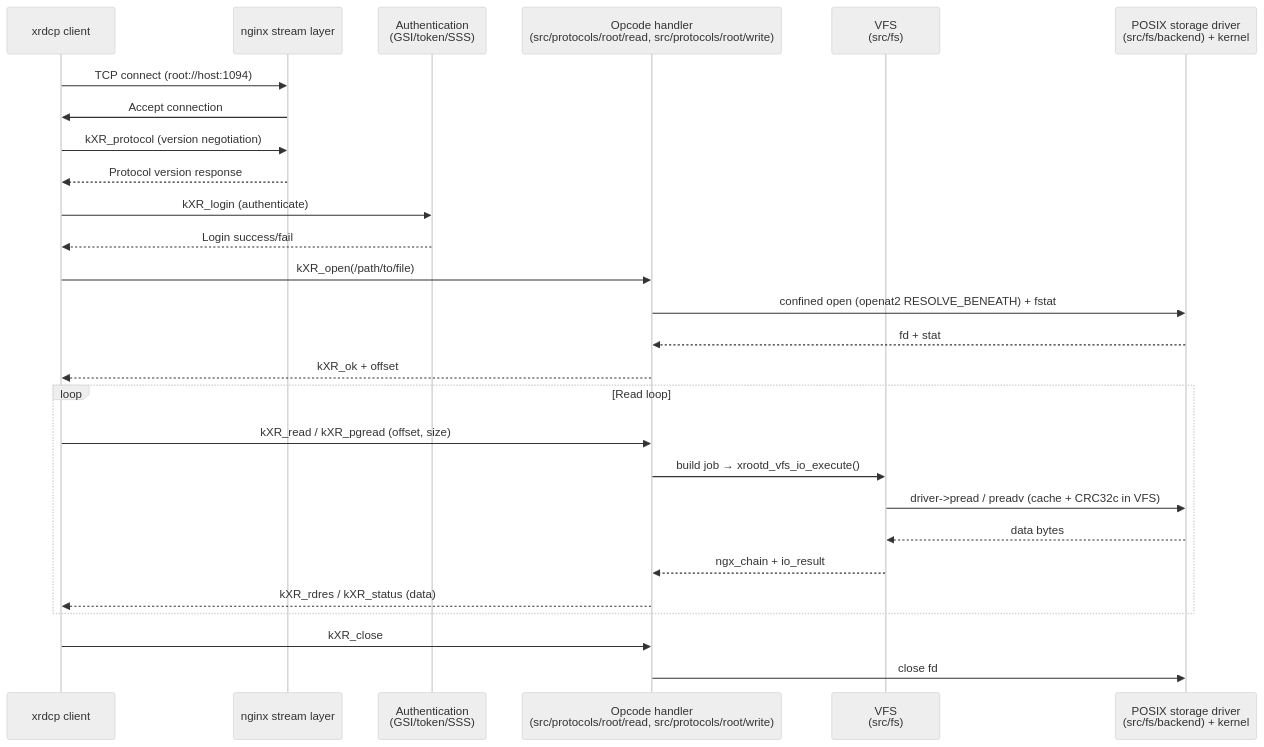
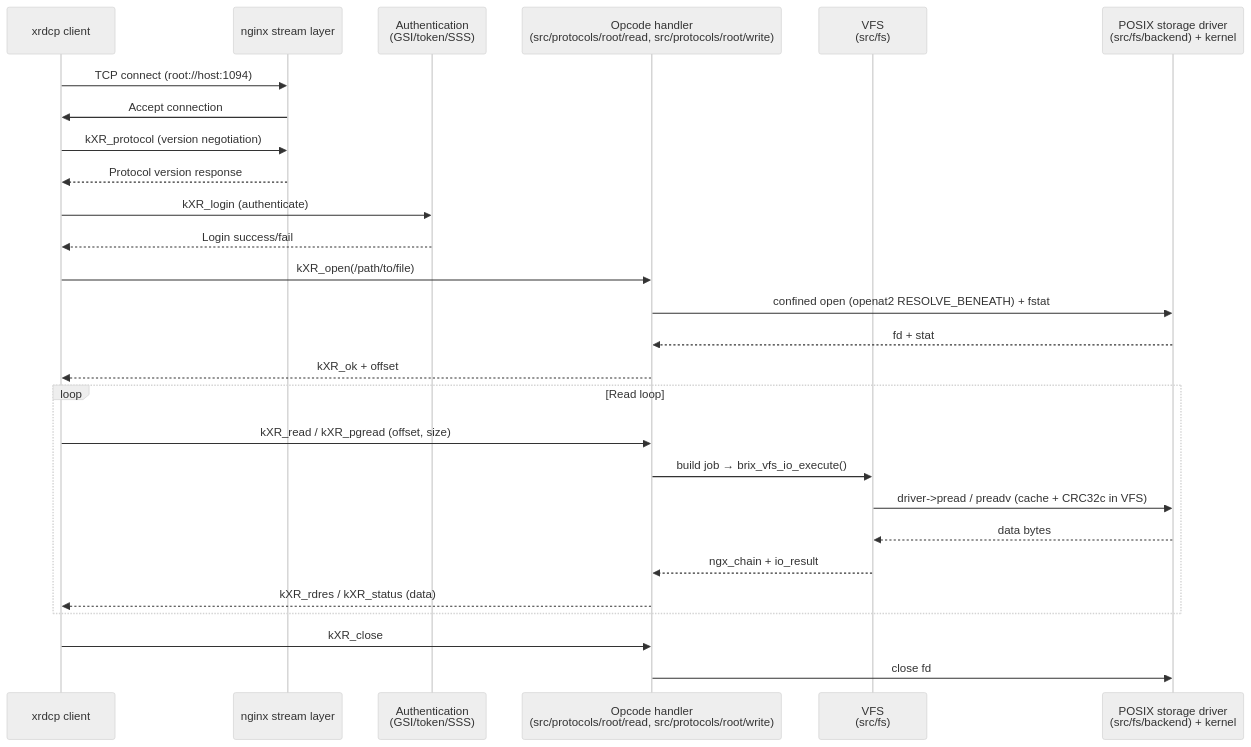
Before and after one commit to rob-c/brix-cache: the fourth of 6 diagrams in docs/10-architecture/overview.md, drawn with Mermaid (neutral theme). The commit also changed other lines of this file and 175 other files, not shown here.

First line of the commit message:
docs(rebrand): rename own-namespace refs xrootd_->brix_ in living docs + routes /xrootd->/brix

````diff
--- a/docs/10-architecture/overview.md
+++ b/docs/10-architecture/overview.md
@@ -195,30 +195,30 @@
 ```mermaid
 sequenceDiagram
     participant Client as xrdcp client
     participant TCP as nginx stream layer
     participant Auth as Authentication<br/>(GSI/token/SSS)
     participant Ops as Opcode handler<br/>(src/protocols/root/read, src/protocols/root/write)
     participant VFS as VFS<br/>(src/fs)
     participant SD as POSIX storage driver<br/>(src/fs/backend) + kernel
     
     Client->>TCP: TCP connect (root://host:1094)
     TCP->>Client: Accept connection
     Client->>TCP: kXR_protocol (version negotiation)
     TCP-->>Client: Protocol version response
     Client->>Auth: kXR_login (authenticate)
     Auth-->>Client: Login success/fail
     Client->>Ops: kXR_open(/path/to/file)
     Ops->>SD: confined open (openat2 RESOLVE_BENEATH) + fstat
     SD-->>Ops: fd + stat
     Ops-->>Client: kXR_ok + offset
     loop Read loop
         Client->>Ops: kXR_read / kXR_pgread (offset, size)
-        Ops->>VFS: build job → xrootd_vfs_io_execute()
+        Ops->>VFS: build job → brix_vfs_io_execute()
         VFS->>SD: driver->pread / preadv (cache + CRC32c in VFS)
         SD-->>VFS: data bytes
         VFS-->>Ops: ngx_chain + io_result
         Ops-->>Client: kXR_rdres / kXR_status (data)
     end
     Client->>Ops: kXR_close
     Ops->>SD: close fd
 ```
````
